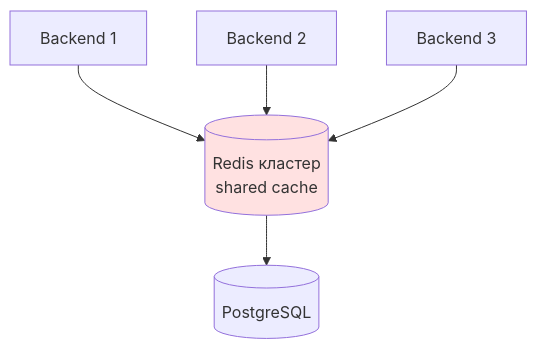
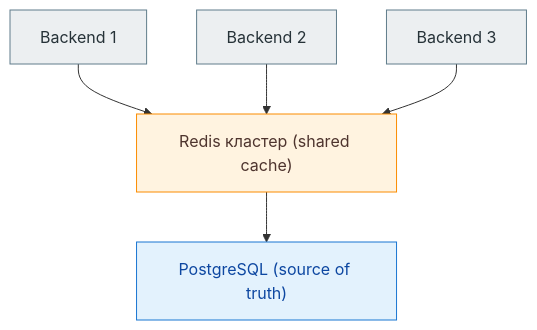
Before and after one commit to savinmikhail/advanced-system-design: the fifth of 19 diagrams in cache/readme.md, drawn with Mermaid. The commit also changed other lines of this file, not shown here.

Commit message:
вырвиглазный контраст схем, нечитаемый текст часто, редис можно квадратиками рисовать

````diff
--- a/cache/readme.md
+++ b/cache/readme.md
@@ -331,15 +332,21 @@
 ```mermaid
 graph TB
-    B1[Backend 1]
-    B2[Backend 2]
-    B3[Backend 3]
-    Redis[(Redis кластер<br/>shared cache)]
-    DB[(PostgreSQL)]
+    B1["Backend 1"]
+    B2["Backend 2"]
+    B3["Backend 3"]
+    Redis["Redis кластер (shared cache)"]
+    DB["PostgreSQL (source of truth)"]
     
     B1 --> Redis
     B2 --> Redis
     B3 --> Redis
     Redis --> DB
-    
-    style Redis fill:#ffe1e1
+
+    classDef backend fill:#eceff1,stroke:#607d8b,color:#263238;
+    classDef cache fill:#fff3e0,stroke:#fb8c00,color:#4e342e;
+    classDef db fill:#e3f2fd,stroke:#1976d2,color:#0d47a1;
+
+    class B1,B2,B3 backend;
+    class Redis cache;
+    class DB db;
 ```
````
